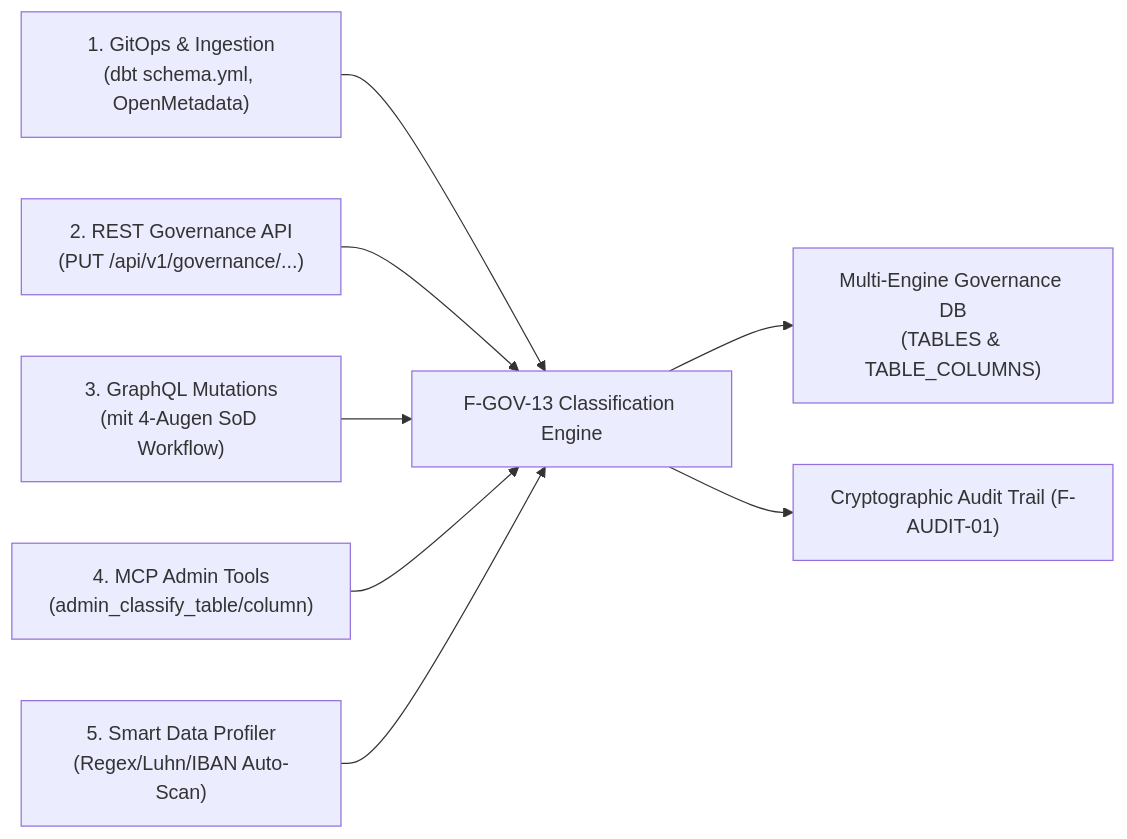
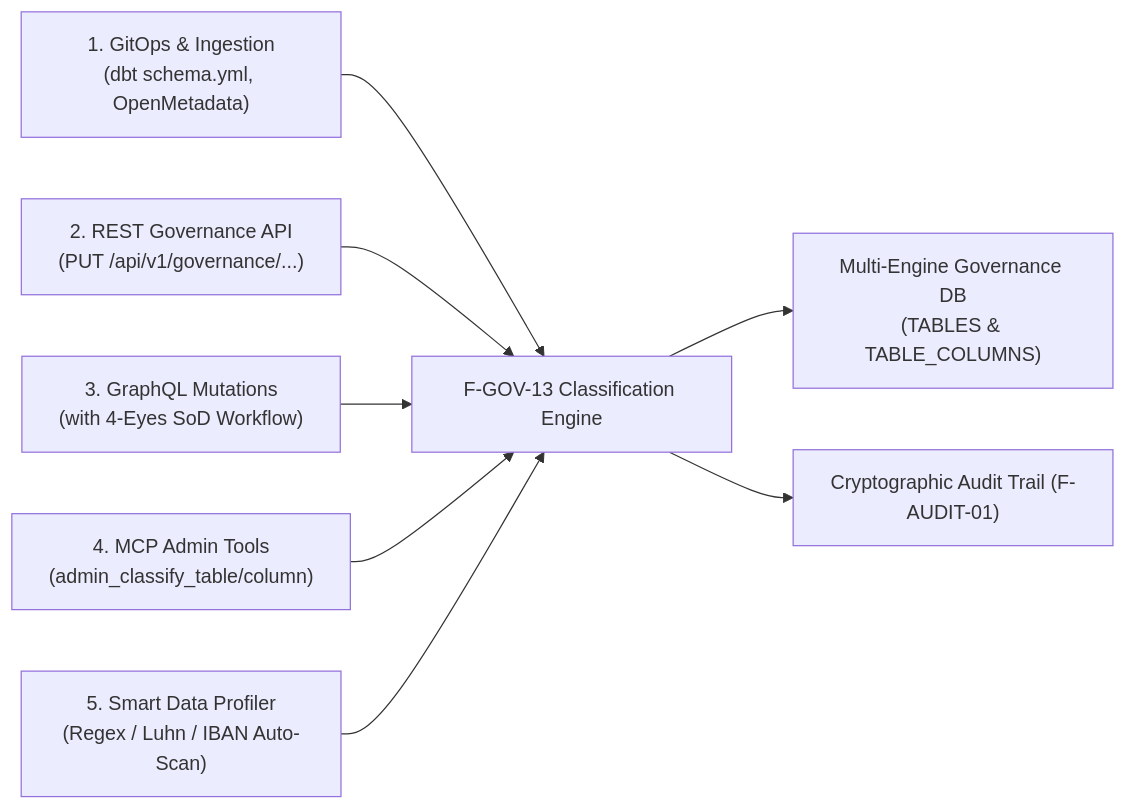
Before and after one commit to themulle/autheris: the second of 2 diagrams in docs/features/f-gov-13-data-classification-and-pii-governance.md, drawn with Mermaid. The commit also changed other lines of this file, not shown here.

Commit message:
docs(gov): translate F-GOV-13 data classification documentation to English

````diff
--- a/docs/features/f-gov-13-data-classification-and-pii-governance.md
+++ b/docs/features/f-gov-13-data-classification-and-pii-governance.md
@@ -97,11 +97,11 @@
 ```mermaid
 flowchart LR
     GITOPS["1. GitOps & Ingestion<br/>(dbt schema.yml, OpenMetadata)"] --> ENGINE["F-GOV-13 Classification Engine"]
     REST_API["2. REST Governance API<br/>(PUT /api/v1/governance/...)"] --> ENGINE
-    GQL_MUT["3. GraphQL Mutations<br/>(mit 4-Augen SoD Workflow)"] --> ENGINE
+    GQL_MUT["3. GraphQL Mutations<br/>(with 4-Eyes SoD Workflow)"] --> ENGINE
     MCP_ADMIN["4. MCP Admin Tools<br/>(admin_classify_table/column)"] --> ENGINE
-    SCANNER["5. Smart Data Profiler<br/>(Regex/Luhn/IBAN Auto-Scan)"] --> ENGINE
+    SCANNER["5. Smart Data Profiler<br/>(Regex / Luhn / IBAN Auto-Scan)"] --> ENGINE
 
     ENGINE --> REPO["Multi-Engine Governance DB<br/>(TABLES & TABLE_COLUMNS)"]
     ENGINE --> AUDIT["Cryptographic Audit Trail (F-AUDIT-01)"]
 ```
````
